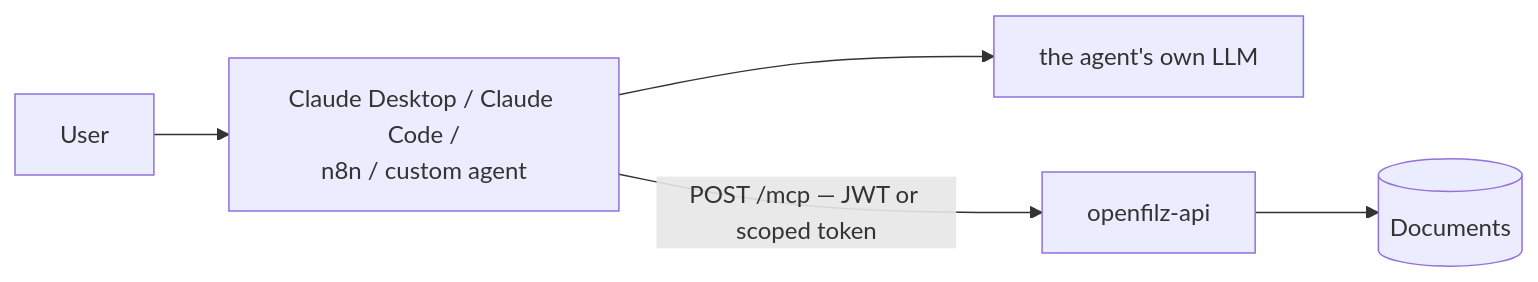
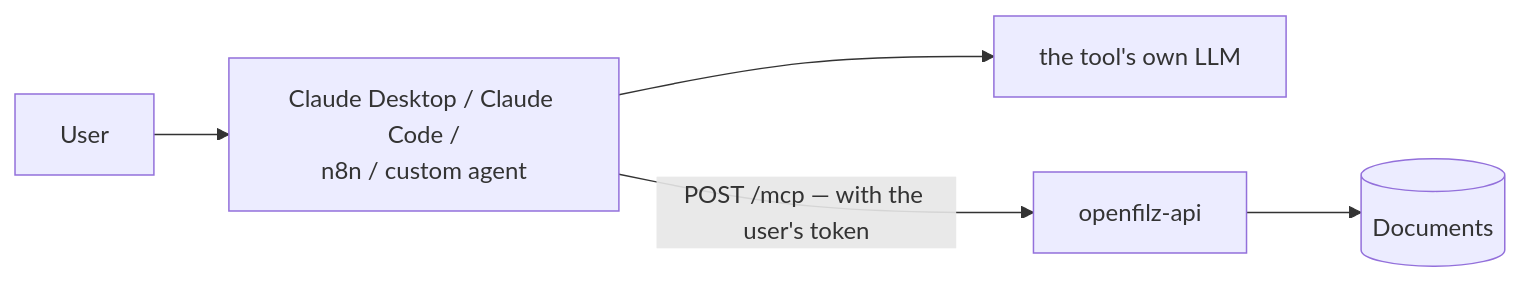
Before and after one commit to openfilz/openfilz-core: the second of 2 diagrams in docs/ai-overview.md, drawn with Mermaid. The commit also changed other lines of this file and 6 other files, not shown here.

````diff
--- a/docs/ai-overview.md
+++ b/docs/ai-overview.md
@@ -229,7 +136,7 @@
 ```mermaid
 flowchart LR
     U["User"] --> H["Claude Desktop / Claude Code /<br/>n8n / custom agent"]
-    H --> M["the agent's own LLM"]
-    H -->|"POST /mcp — JWT or scoped token"| API["openfilz-api"]
+    H --> M["the tool's own LLM"]
+    H -->|"POST /mcp — with the user's token"| API["openfilz-api"]
     API --> DOCS[("Documents")]
 ```
````
